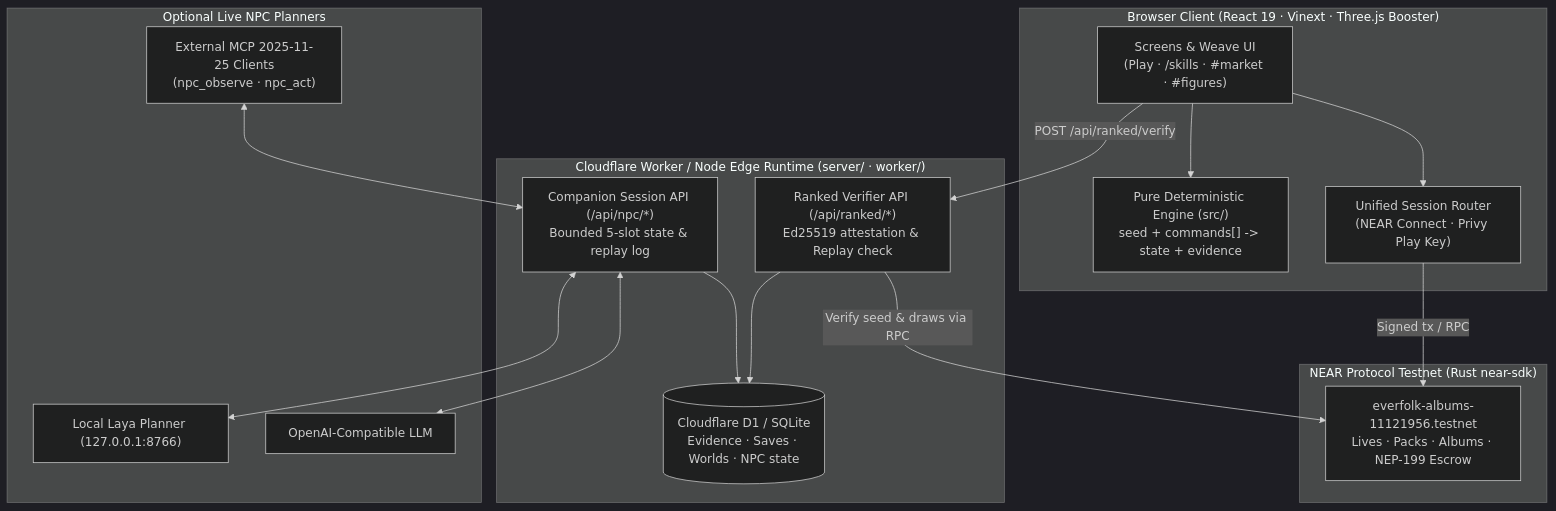
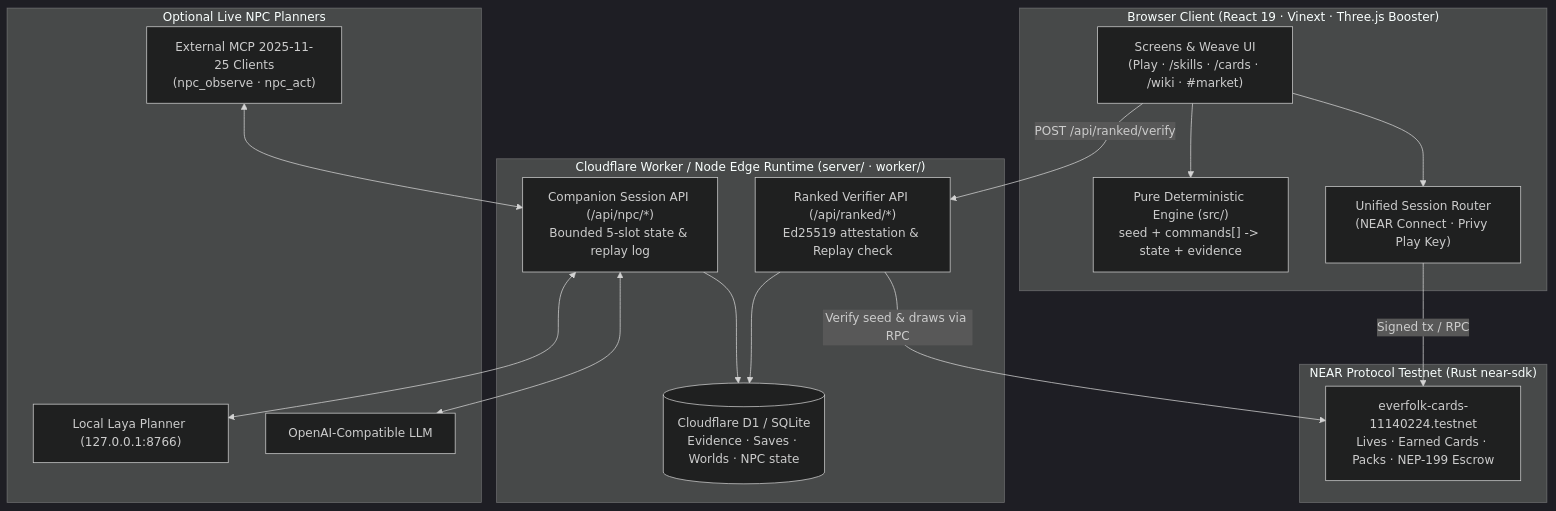
Before and after one commit to kvnhoag/everfolk: the first of 3 diagrams in README.md, drawn with Mermaid (dark theme). The commit also changed other lines of this file, not shown here.

````diff
--- a/README.md
+++ b/README.md
@@ -276,35 +301,35 @@
 ```mermaid
 flowchart TB
     subgraph Browser["Browser Client (React 19 · Vinext · Three.js Booster)"]
-        UI["Screens & Weave UI<br/>(Play · /skills · #market · #figures)"]
+        UI["Screens & Weave UI<br/>(Play · /skills · /cards · /wiki · #market)"]
         Engine["Pure Deterministic Engine (src/)<br/>seed + commands[] -> state + evidence"]
         Auth["Unified Session Router<br/>(NEAR Connect · Privy Play Key)"]
         UI --> Engine
         UI --> Auth
     end
 
     subgraph Edge["Cloudflare Worker / Node Edge Runtime (server/ · worker/)"]
         RankedAPI["Ranked Verifier API (/api/ranked/*)<br/>Ed25519 attestation & Replay check"]
         NPCService["Companion Session API (/api/npc/*)<br/>Bounded 5-slot state & replay log"]
         D1[("Cloudflare D1 / SQLite<br/>Evidence · Saves · Worlds · NPC state")]
         RankedAPI --> D1
         NPCService --> D1
     end
 
     subgraph Chain["NEAR Protocol Testnet (Rust near-sdk)"]
-        Contract["everfolk-albums-11121956.testnet<br/>Lives · Packs · Albums · NEP-199 Escrow"]
+        Contract["everfolk-cards-11140224.testnet<br/>Lives · Earned Cards · Packs · NEP-199 Escrow"]
     end
 
     subgraph Agents["Optional Live NPC Planners"]
         Laya["Local Laya Planner (127.0.0.1:8766)"]
         OpenAI["OpenAI-Compatible LLM"]
         MCP["External MCP 2025-11-25 Clients<br/>(npc_observe · npc_act)"]
     end
 
     Auth -->|"Signed tx / RPC"| Contract
     UI -->|"POST /api/ranked/verify"| RankedAPI
     RankedAPI -->|"Verify seed & draws via RPC"| Contract
     NPCService <--> Laya
     NPCService <--> OpenAI
     MCP <--> NPCService
 ```
````
